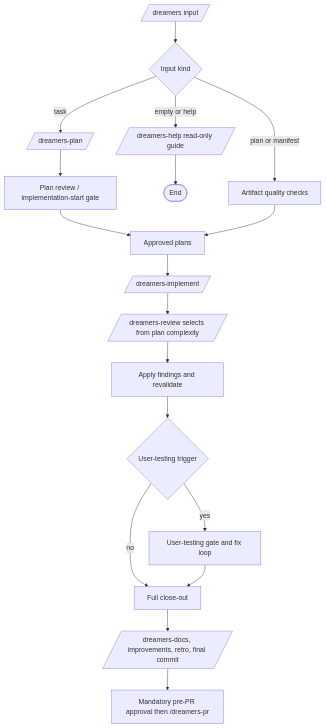
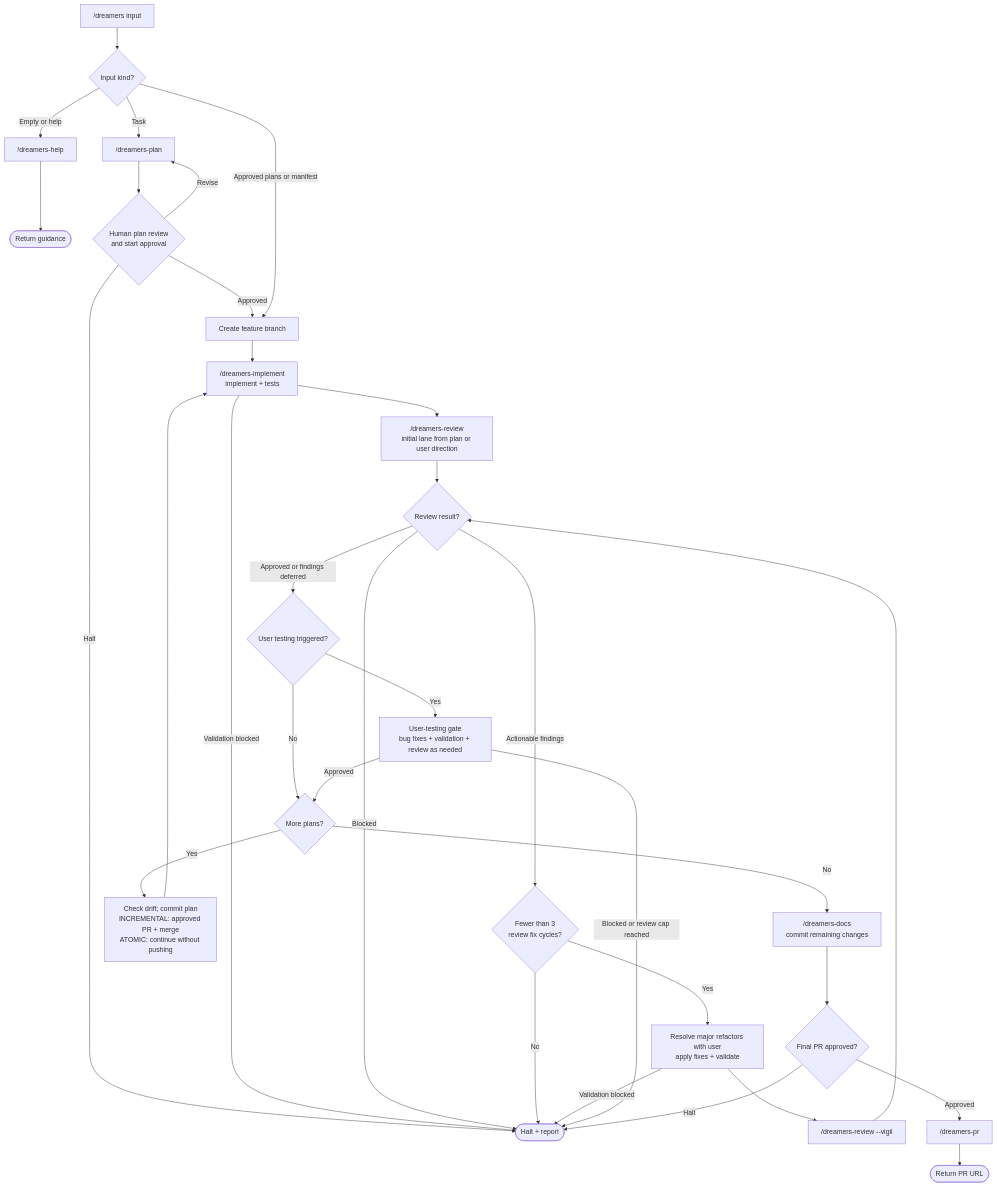
One commit to mrStorrs/dreamers-copilot changed the diagram in .github/skills/dreamers/readme.md. Above: the diagram before and after it, drawn with Mermaid. The commit also changed other lines of this file and 29 other files, not shown here.

````diff
--- a/.github/skills/dreamers/readme.md
+++ b/.github/skills/dreamers/readme.md
@@ -5,20 +5,35 @@
-~~~mermaid
+```mermaid
 flowchart TD
-    I[/dreamers input/] --> R{Input kind}
-    R -->|empty or help| H[/dreamers-help read-only guide/]
-    R -->|task| P[/dreamers-plan/]
-    R -->|plan or manifest| Q[Artifact quality checks]
-    H --> E([End])
-    P --> G[Plan review / implementation-start gate]
-    G --> A[Approved plans]
-    Q --> A
-    A --> T[/dreamers-implement/]
-    T --> V[/dreamers-review selects from plan complexity/]
-    V --> X[Apply findings and revalidate]
-    X --> U{User-testing trigger}
-    U -->|yes| UT[User-testing gate and fix loop]
-    U -->|no| C[Full close-out]
-    UT --> C
-    C --> D[/dreamers-docs, improvements, retro, final commit/]
-    D --> PR[Mandatory pre-PR approval then /dreamers-pr]
-~~~
+    I["/dreamers input"] --> R{"Input kind?"}
+    R -->|Empty or help| H["/dreamers-help"]
+    H --> E(["Return guidance"])
+    R -->|Task| P["/dreamers-plan"]
+    P --> G{"Human plan review<br/>and start approval"}
+    G -->|Revise| P
+    G -->|Halt| Stop(["Halt + report"])
+    G -->|Approved| A["Create feature branch"]
+    R -->|Approved plans or manifest| A
+    A --> T["/dreamers-implement<br/>implement + tests"]
+    T --> V["/dreamers-review<br/>initial lane from plan or user direction"]
+    T -->|Validation blocked| Stop
+    V --> Result{"Review result?"}
+    Result -->|Blocked| Stop
+    Result -->|Actionable findings| Cap{"Fewer than 3<br/>review fix cycles?"}
+    Cap -->|No| Stop
+    Cap -->|Yes| X["Resolve major refactors with user<br/>apply fixes + validate"]
+    X --> F["/dreamers-review --vigil"]
+    X -->|Validation blocked| Stop
+    F --> Result
+    Result -->|Approved or findings deferred| U{"User testing triggered?"}
+    U -->|Yes| UT["User-testing gate<br/>bug fixes + validation + review as needed"]
+    U -->|No| More{"More plans?"}
+    UT -->|Approved| More
+    UT -->|Blocked or review cap reached| Stop
+    More -->|Yes| Next["Check drift; commit plan<br/>INCREMENTAL: approved PR + merge<br/>ATOMIC: continue without pushing"]
+    Next --> T
+    More -->|No| D["/dreamers-docs<br/>commit remaining changes"]
+    D --> Approval{"Final PR approved?"}
+    Approval -->|Halt| Stop
+    Approval -->|Approved| PR["/dreamers-pr"]
+    PR --> Done(["Return PR URL"])
+```
````
